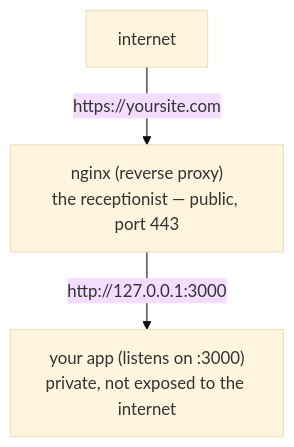
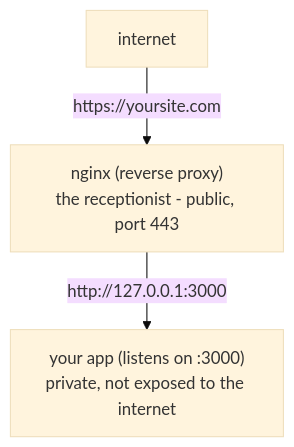
The diagram in guides/infrastructure/load-balancers-and-nginx/01-what-a-reverse-proxy-is.md (Topurrra/themissingmanual), drawn with Mermaid (base theme) before and after one commit. The commit also changed other lines of this file and 1072 other files, not shown here.

````diff
--- a/guides/infrastructure/load-balancers-and-nginx/01-what-a-reverse-proxy-is.md
+++ b/guides/infrastructure/load-balancers-and-nginx/01-what-a-reverse-proxy-is.md
@@ -32,8 +32,8 @@
 ```mermaid
 flowchart TD
   Net["internet"]
-  Nginx["nginx (reverse proxy)<br/>the receptionist — public, port 443"]
+  Nginx["nginx (reverse proxy)<br/>the receptionist - public, port 443"]
   App["your app (listens on :3000)<br/>private, not exposed to the internet"]
   Net -->|"https://yoursite.com"| Nginx
   Nginx -->|"http://127.0.0.1:3000"| App
 ```
````
